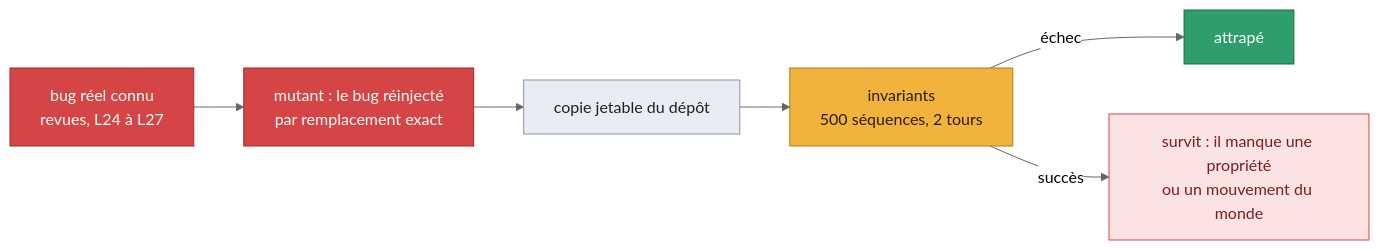
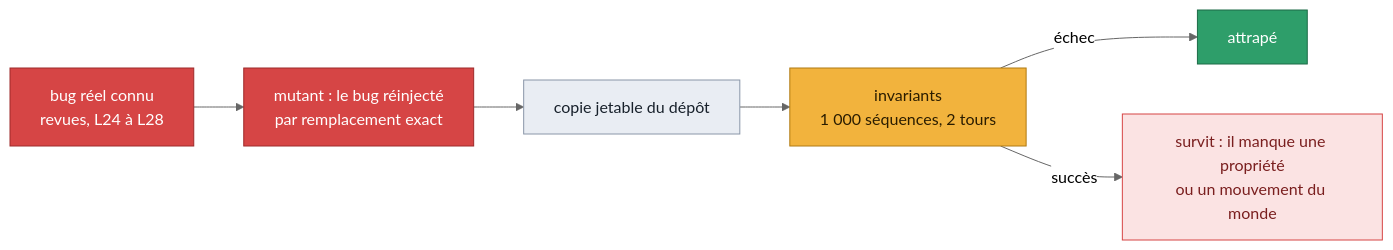
One commit to Vanyar53/eregion changed the fourth of 5 diagrams in docs/design/preuves.md. Above: the diagram before and after it, drawn with Mermaid (neutral theme). The commit also changed 2 other files, not shown here.

Commit message:
docs(schemas): gardes conformes au code, schémas dessinés une fois la police chargée
- Gardes : une action destructive n'est jamais autonome, quel que soit le mode
  (elle sortait après le mode, dans la seule branche non_disruptive) ; signal
  caractérisé et attribution ne valent que pour isoler et bloquer, la
  précondition de levée que pour lever ; readiness_hold vient du contrôle de
  préparation, pas de decide.
- Mutation : 1 000 séquences × 2 tours en CI (le schéma disait 500).
- Page : Mermaid mesurait les bulles avant le chargement d'IBM Plex — le texte
  débordait. Dessin après document.fonts (repli à 3 s), sous une classe que
  claude.ai ne dessine pas lui-même.

````diff
--- a/docs/design/preuves.md
+++ b/docs/design/preuves.md
@@ -144,18 +144,18 @@
 ```mermaid
 flowchart LR
-    B["bug réel connu<br/>revues, L24 à L27"] --> Mu["mutant : le bug réinjecté<br/>par remplacement exact"]
+    B["bug réel connu<br/>revues, L24 à L28"] --> Mu["mutant : le bug réinjecté<br/>par remplacement exact"]
     Mu --> Cp["copie jetable du dépôt"]
-    Cp --> T["invariants<br/>500 séquences, 2 tours"]
+    Cp --> T["invariants<br/>1 000 séquences, 2 tours"]
     T -->|"échec"| Ok["attrapé"]
     T -->|"succès"| Ko["survit : il manque une propriété<br/>ou un mouvement du monde"]
     classDef red fill:#d64545,stroke:#9e2a2a,color:#ffffff
     classDef data fill:#e9edf3,stroke:#8a96a8,color:#18212b
     classDef guard fill:#f2b33d,stroke:#b07a12,color:#2b1d00
     classDef go fill:#2e9e6a,stroke:#1d6b47,color:#ffffff
     classDef warn fill:#fbe3e3,stroke:#d64545,color:#7a1f1f
     class B,Mu red
     class Cp data
     class T guard
     class Ok go
     class Ko warn
 ```
````
